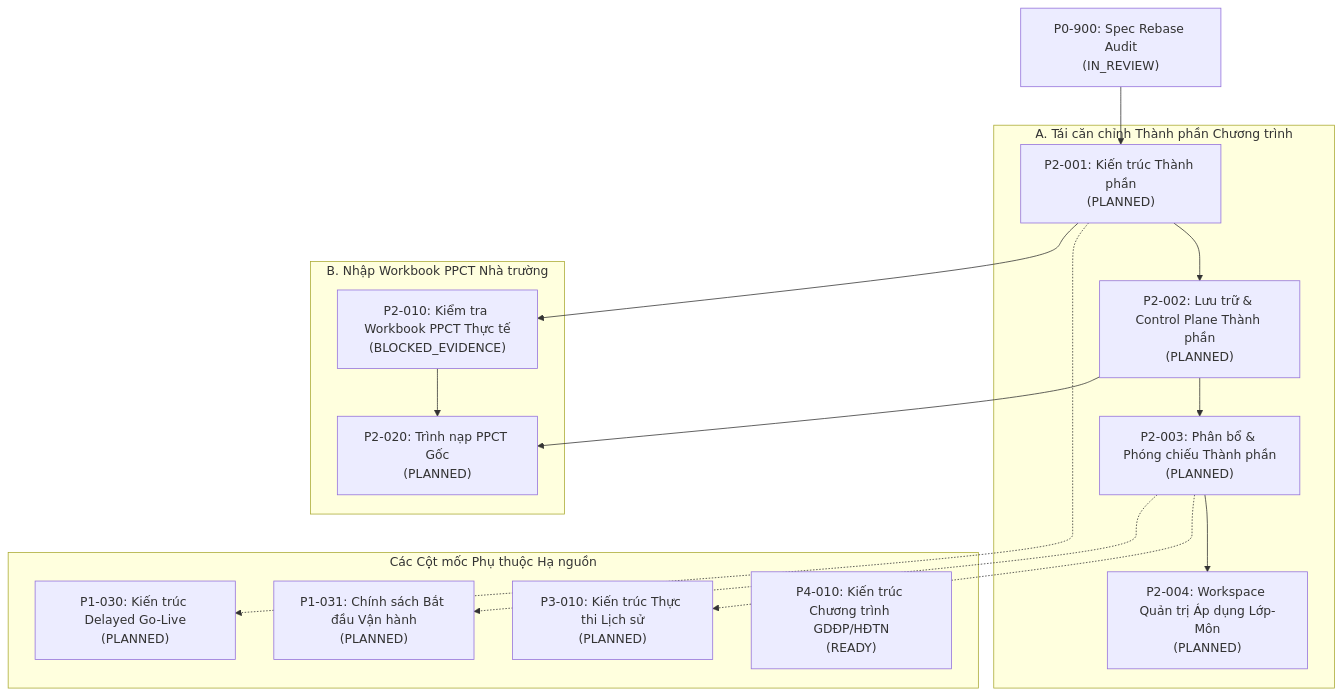
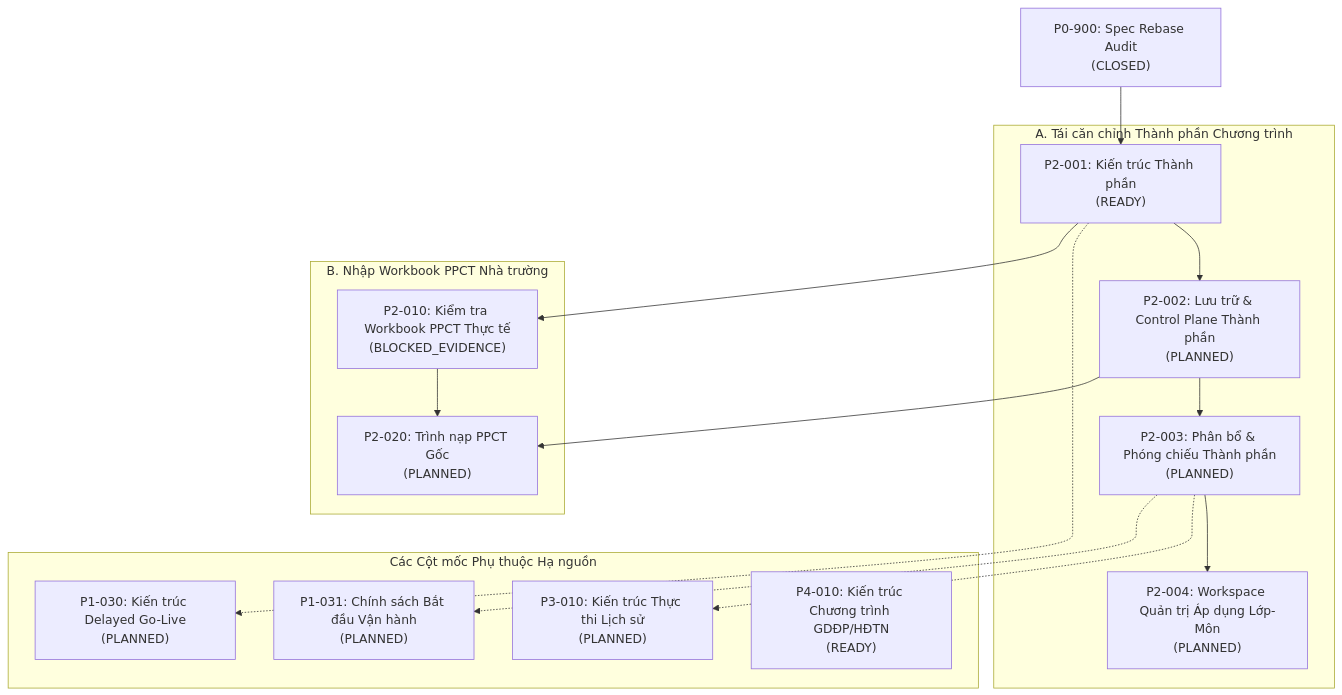
Before and after one commit to hvtnguyenson-code/baogiang-damsan: the diagram in docs/requirements/P0-900-PPCT-CURRICULAR-COMPONENT-REBASE-AUDIT.md, drawn with Mermaid. The commit also changed other lines of this file and 5 other files, not shown here.

````diff
--- a/docs/requirements/P0-900-PPCT-CURRICULAR-COMPONENT-REBASE-AUDIT.md
+++ b/docs/requirements/P0-900-PPCT-CURRICULAR-COMPONENT-REBASE-AUDIT.md
@@ -247,36 +255,36 @@
 ```mermaid
 flowchart TD
-  P0_900["P0-900: Spec Rebase Audit\n(IN_REVIEW)"]
+  P0_900["P0-900: Spec Rebase Audit\n(CLOSED)"]
 
   subgraph Curricular_Component_Realignment ["A. Tái căn chỉnh Thành phần Chương trình"]
-    P2_001["P2-001: Kiến trúc Thành phần\n(PLANNED)"]
+    P2_001["P2-001: Kiến trúc Thành phần\n(READY)"]
     P2_002["P2-002: Lưu trữ & Control Plane Thành phần\n(PLANNED)"]
     P2_003["P2-003: Phân bổ & Phóng chiếu Thành phần\n(PLANNED)"]
     P2_004["P2-004: Workspace Quản trị Áp dụng Lớp-Môn\n(PLANNED)"]
   end
 
   subgraph School_Workbook_Ingestion ["B. Nhập Workbook PPCT Nhà trường"]
     P2_010["P2-010: Kiểm tra Workbook PPCT Thực tế\n(BLOCKED_EVIDENCE)"]
     P2_020["P2-020: Trình nạp PPCT Gốc\n(PLANNED)"]
   end
 
   subgraph Downstream_Dependencies ["Các Cột mốc Phụ thuộc Hạ nguồn"]
     P1_030["P1-030: Kiến trúc Delayed Go-Live\n(PLANNED)"]
     P1_031["P1-031: Chính sách Bắt đầu Vận hành\n(PLANNED)"]
     P3_010["P3-010: Kiến trúc Thực thi Lịch sử\n(PLANNED)"]
     P4_010["P4-010: Kiến trúc Chương trình GDĐP/HĐTN\n(READY)"]
   end
 
   P0_900 --> P2_001
   P2_001 --> P2_002
   P2_002 --> P2_003
   P2_003 --> P2_004
 
   P2_001 --> P2_010
   P2_002 --> P2_020
   P2_010 --> P2_020
 
   P2_001 -.-> P1_030
   P2_003 -.-> P1_031
   P2_003 -.-> P3_010
 ```
````
